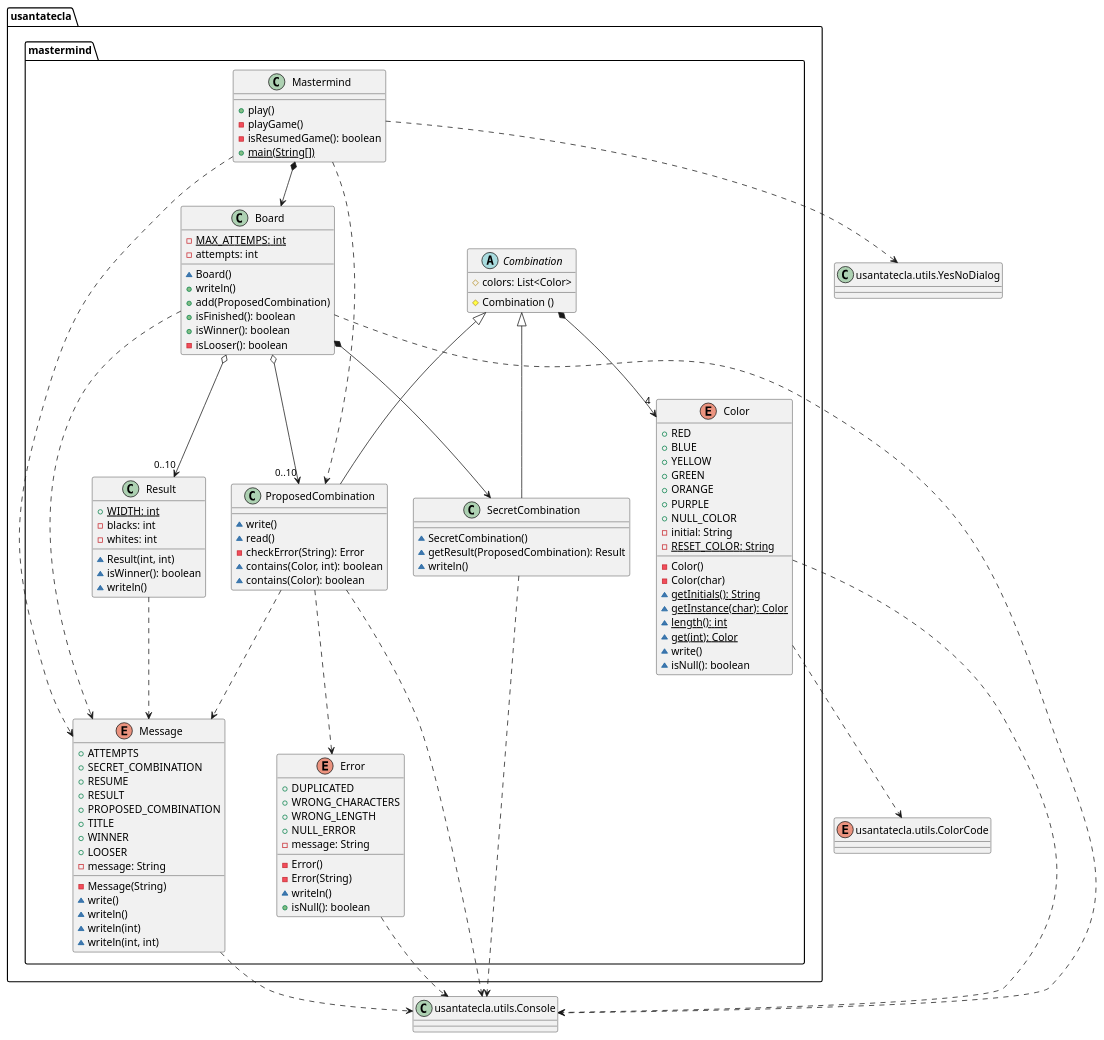
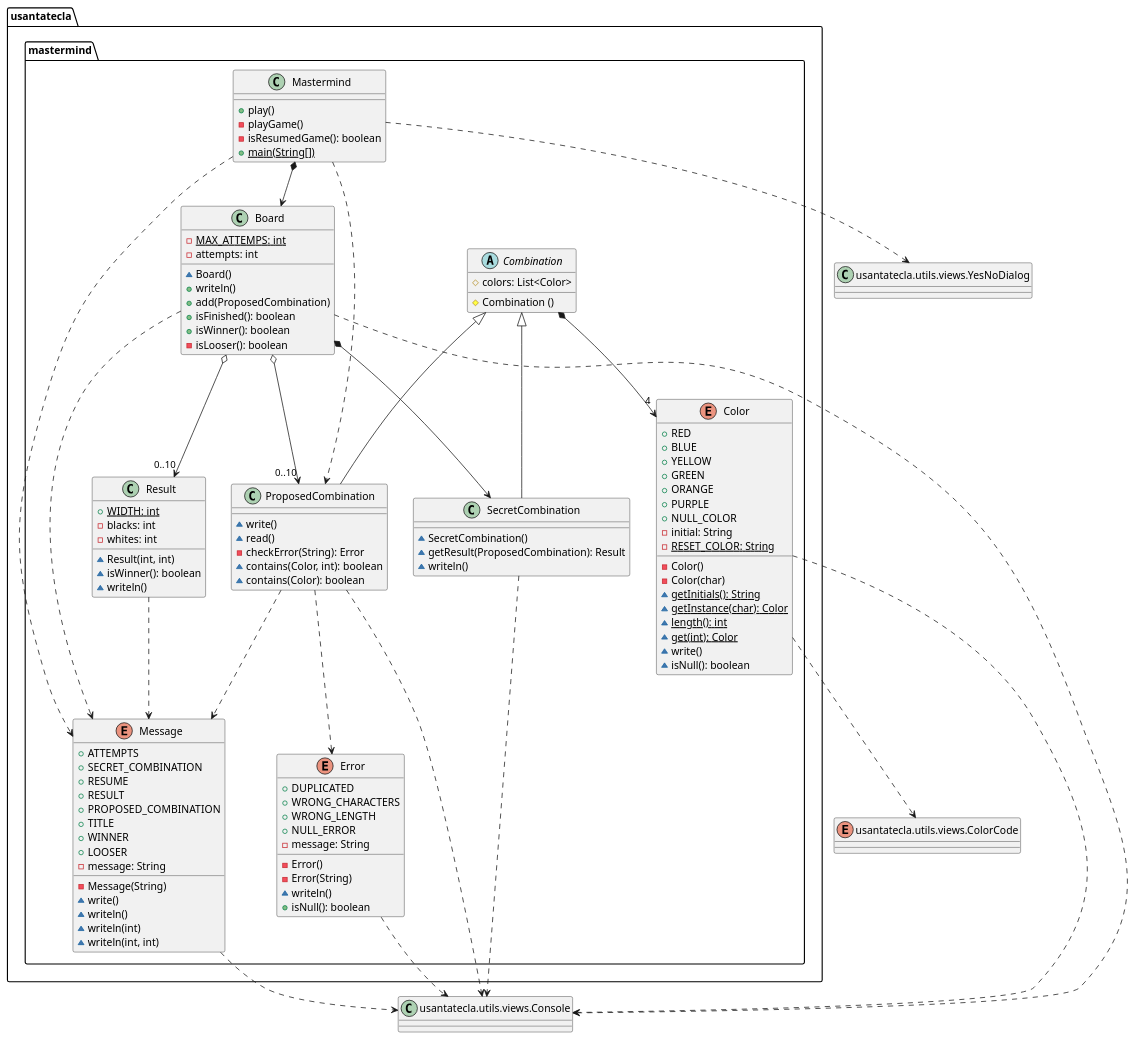
The first of 2 diagrams in domainModel/docs/diagrams/src/paquetes.plantuml (SantaTecla-mastermind/solution.java.swing.socket.sql), drawn with PlantUML before and after one commit. The commit also changed other lines of this file and 68 other files, not shown here.

```diff
--- a/domainModel/docs/diagrams/src/paquetes.plantuml
+++ b/domainModel/docs/diagrams/src/paquetes.plantuml
@@ -1,146 +1,146 @@
 @startuml mastermind
 package usantatecla.mastermind {
 class Mastermind {
 	+ play()
 	- playGame()
 	- isResumedGame(): boolean 
 	+ {static} main(String[])
 }
 
 
 class Board {
   - MAX_ATTEMPS: {static} int 
   - attempts: int 
   ~ Board()
   + writeln()
   + add(ProposedCombination)
   + isFinished(): boolean 
   + isWinner(): boolean 
   - isLooser(): boolean 
 }
 
 abstract class Combination {
 	# colors: List<Color> 
 	# Combination ()
 }
 
 class SecretCombination {
 	~ SecretCombination()
 	~ getResult(ProposedCombination): Result 
 	~ writeln()
 }
 
 class ProposedCombination {
 	~write()
 	~read()
 	- checkError(String): Error 
 	~ contains(Color, int): boolean 
 	~ contains(Color): boolean 
 }
 
 class Result{
 	+ WIDTH: {static} int 
 	- blacks: int 
 	- whites: int 
 	~ Result(int, int)
 	~ isWinner(): boolean 
 	~ writeln()
 }
 
 enum Color {
 	+ RED
 	+ BLUE
 	+ YELLOW
 	+ GREEN
 	+ ORANGE
 	+ PURPLE
 	+ NULL_COLOR
 	- initial: String 
 	- RESET_COLOR: {static} String 
 	- Color()
 	- Color(char)
 	~ {static} getInitials(): String 
 	~ {static} getInstance(char): Color
 	~ {static} length(): int 
 	~ {static} get(int): Color 
 	~ write()
 	~ isNull(): boolean 
 }
 
 enum Error {
 	+ DUPLICATED
 	+ WRONG_CHARACTERS
 	+ WRONG_LENGTH
 	+ NULL_ERROR
 	- message: String
 	- Error()
 	- Error(String)
 	~ writeln()
 	+ isNull(): boolean 
 }
 
 enum Message {
 	+ ATTEMPTS
 	+ SECRET_COMBINATION
 	+ RESUME
 	+ RESULT
 	+ PROPOSED_COMBINATION
 	+ TITLE
 	+ WINNER
 	+ LOOSER
 	- message: String 
 	- Message(String)
 	~ write()
 	~ writeln()
 	~ writeln(int)
 	~ writeln(int, int)
 }
 
 
 
 Mastermind *-down-> Board 
 Mastermind .down.> ProposedCombination
 Board *-down-> SecretCombination 
 Board o-down-> "0..10" ProposedCombination 
 Board o-down-> "0..10" Result 
 
 Combination *-down-> "4" Color 
 Combination <|-down- SecretCombination
 Combination <|-down- ProposedCombination
 ProposedCombination .down.> Error
 
 
 Mastermind .down.> Message
 Board .down.> Message
 ProposedCombination .down.> Message
 Result .down.> Message
 
 }
 
 
 
-class Console as "usantatecla.utils.Console" {
+class Console as "usantatecla.utils.views.Console" {
 
 
 }
 
-class YesNoDialog as "usantatecla.utils.YesNoDialog" {
+class YesNoDialog as "usantatecla.utils.views.YesNoDialog" {
 
 }
 
-enum ColorCode as "usantatecla.utils.ColorCode" {
+enum ColorCode as "usantatecla.utils.views.ColorCode" {
 
 }
 
 
 
 
 Board .down.> Console
 Color .down.> Console
 Color .down.> ColorCode 
 Error .down.> Console
 Message .down.> Console
 ProposedCombination .down.> Console
 SecretCombination .down.> Console
 Mastermind .down.> YesNoDialog
 @enduml
```
